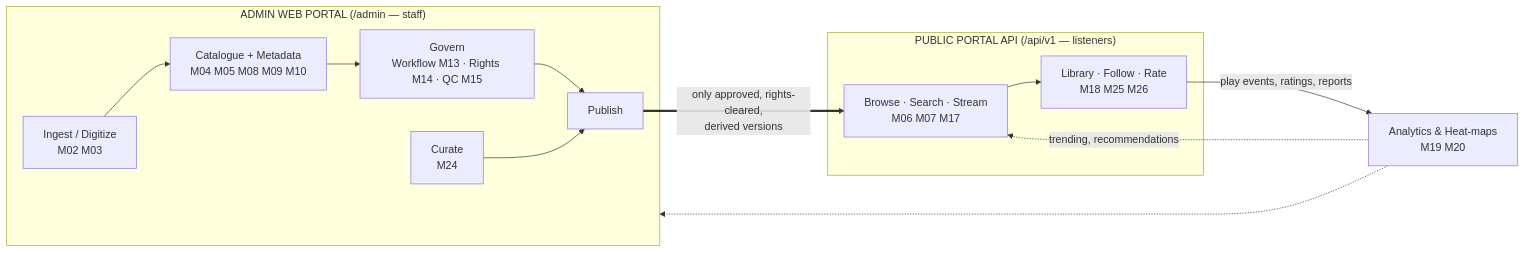
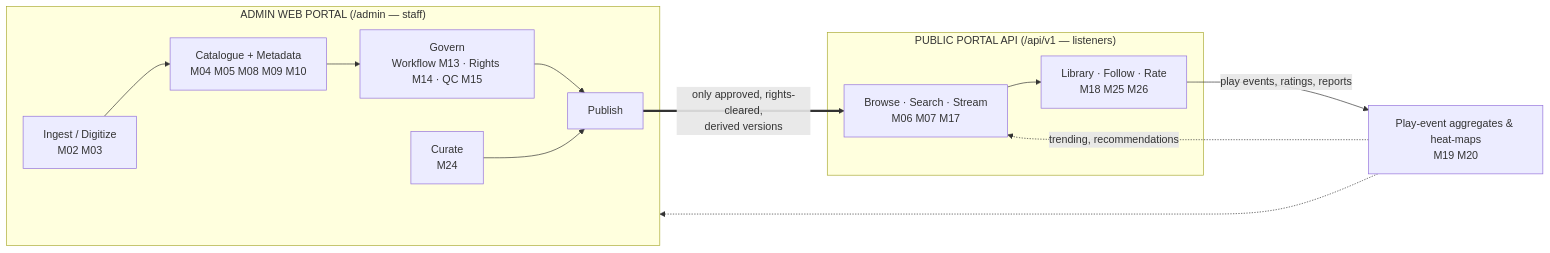
Before and after one commit to AkashAhmed66/bangladesh_betar: the first of 2 diagrams in docs/PLATFORM_WALKTHROUGH.md, drawn with Mermaid. The commit also changed other lines of this file and 55 other files, not shown here.

````diff
--- a/docs/PLATFORM_WALKTHROUGH.md
+++ b/docs/PLATFORM_WALKTHROUGH.md
@@ -33,16 +33,16 @@
 ```mermaid
 flowchart LR
     subgraph Admin["ADMIN WEB PORTAL  (/admin — staff)"]
         ING["Ingest / Digitize<br/>M02 M03"] --> META["Catalogue + Metadata<br/>M04 M05 M08 M09 M10"]
         META --> GOV["Govern<br/>Workflow M13 · Rights M14 · QC M15"]
         GOV --> PUB["Publish"]
         CUR["Curate<br/>M24"] --> PUB
     end
     PUB ==>|"only approved, rights-cleared,<br/>derived versions"| API
     subgraph Public["PUBLIC PORTAL API  (/api/v1 — listeners)"]
         API["Browse · Search · Stream<br/>M06 M07 M17"] --> LIB["Library · Follow · Rate<br/>M18 M25 M26"]
     end
-    LIB -->|"play events, ratings, reports"| ANALYTICS["Analytics & Heat-maps<br/>M19 M20"]
+    LIB -->|"play events, ratings, reports"| ANALYTICS["Play-event aggregates & heat-maps<br/>M19 M20"]
     ANALYTICS -.->|"trending, recommendations"| API
     ANALYTICS -.-> Admin
 ```
````
